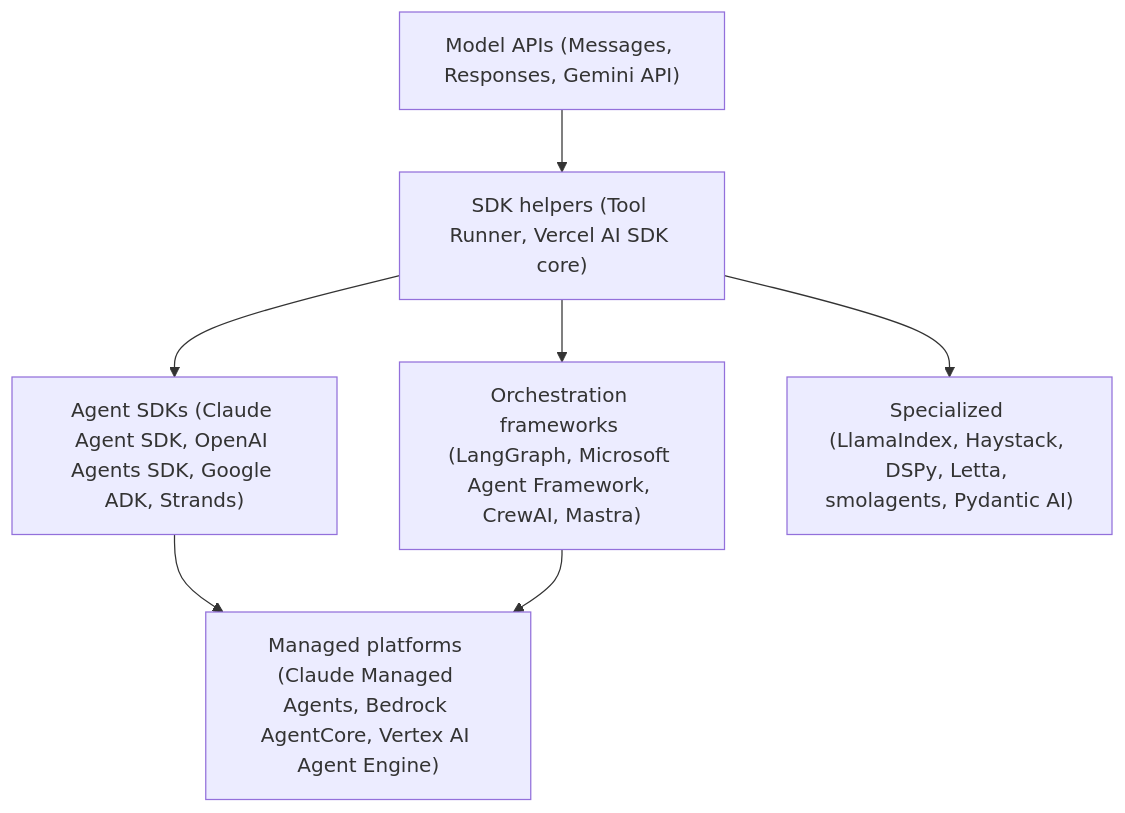
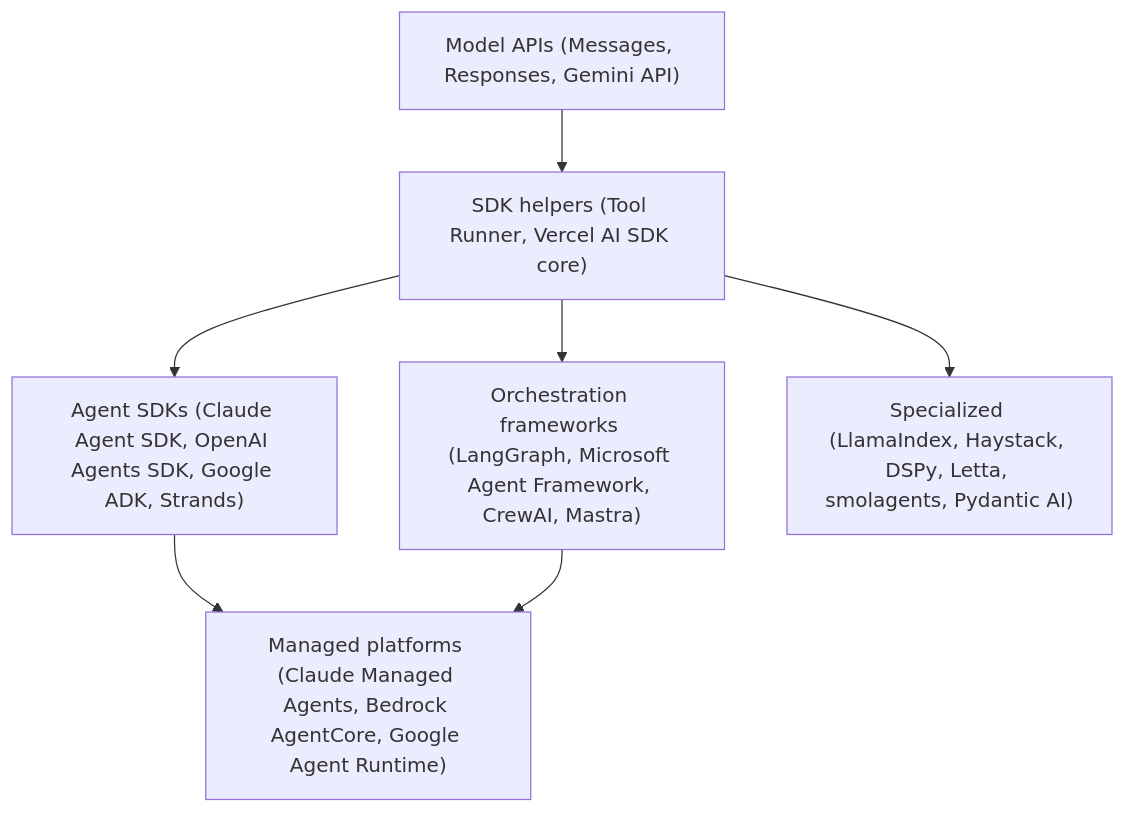
The first of 2 diagrams in content/lessons/agent-frameworks.md (realfang102/learn-borad), drawn with Mermaid before and after one commit. The commit also changed other lines of this file and 83 other files, not shown here.

````diff
--- a/content/lessons/agent-frameworks.md
+++ b/content/lessons/agent-frameworks.md
@@ -48,9 +48,9 @@
 ```mermaid
 flowchart TB
     A["Model APIs (Messages, Responses, Gemini API)"] --> B["SDK helpers (Tool Runner, Vercel AI SDK core)"]
     B --> C["Agent SDKs (Claude Agent SDK, OpenAI Agents SDK, Google ADK, Strands)"]
     B --> D["Orchestration frameworks (LangGraph, Microsoft Agent Framework, CrewAI, Mastra)"]
     B --> E["Specialized (LlamaIndex, Haystack, DSPy, Letta, smolagents, Pydantic AI)"]
-    C --> F["Managed platforms (Claude Managed Agents, Bedrock AgentCore, Vertex AI Agent Engine)"]
+    C --> F["Managed platforms (Claude Managed Agents, Bedrock AgentCore, Google Agent Runtime)"]
     D --> F
 ```
````
